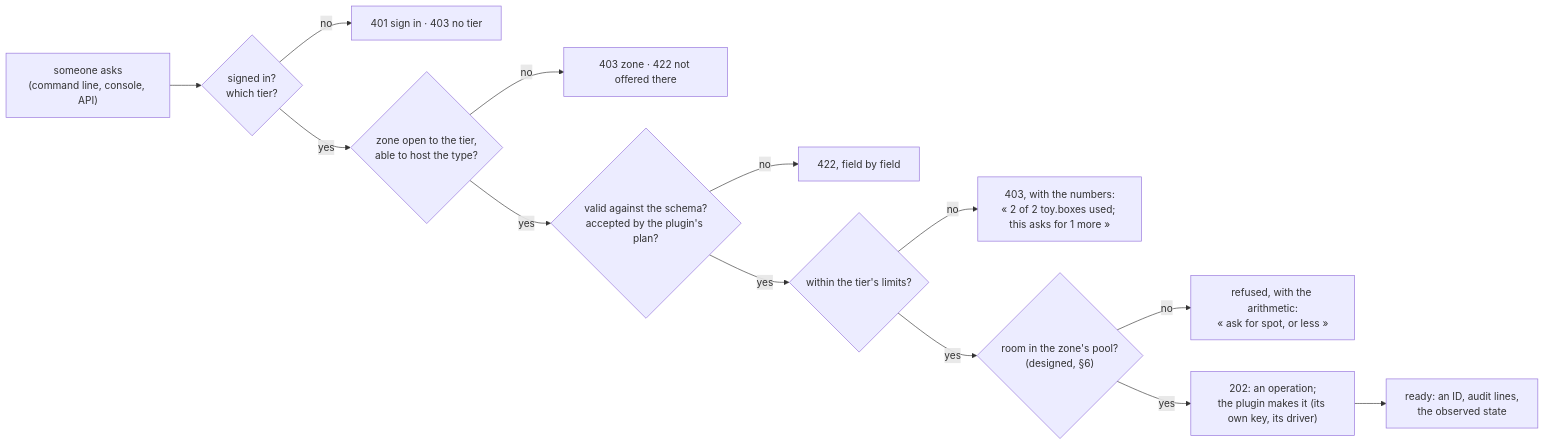
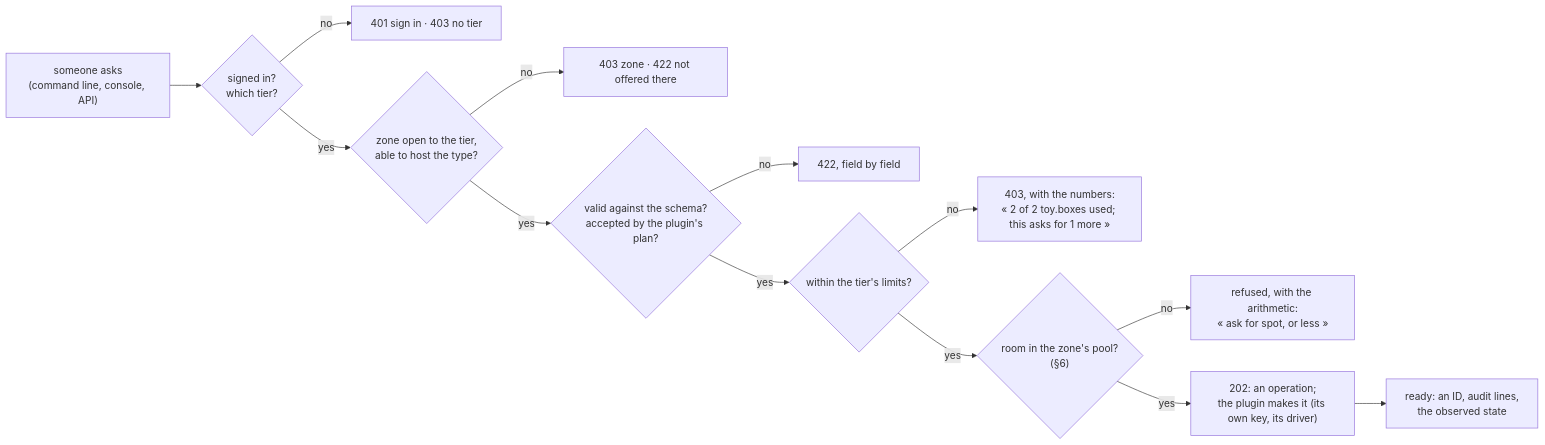
One commit to tomblancdev/hangar changed the second of 2 diagrams in ARCHITECTURE.md. Above: the diagram before and after it, drawn with Mermaid. The commit also changed other lines of this file and 42 other files, not shown here.

````diff
--- a/ARCHITECTURE.md
+++ b/ARCHITECTURE.md
@@ -134,15 +134,15 @@
 ```mermaid
 flowchart LR
   ask["someone asks<br/>(command line, console, API)"] --> who{"signed in?<br/>which tier?"}
   who -- no --> r1["401 sign in · 403 no tier"]
   who -- yes --> zone{"zone open to the tier,<br/>able to host the type?"}
   zone -- no --> r0["403 zone · 422 not offered there"]
   zone -- yes --> valid{"valid against the schema?<br/>accepted by the plugin's plan?"}
   valid -- no --> r4["422, field by field"]
   valid -- yes --> lim{"within the tier's limits?"}
   lim -- no --> r2["403, with the numbers:<br/>« 2 of 2 toy.boxes used; this asks for 1 more »"]
-  lim -- yes --> room{"room in the zone's pool?<br/>(designed, §6)"}
+  lim -- yes --> room{"room in the zone's pool?<br/>(§6)"}
   room -- no --> r3["refused, with the arithmetic:<br/>« ask for spot, or less »"]
   room -- yes --> make["202: an operation;<br/>the plugin makes it (its own key, its driver)"]
   make --> ready["ready: an ID, audit lines,<br/>the observed state"]
 ```
````
